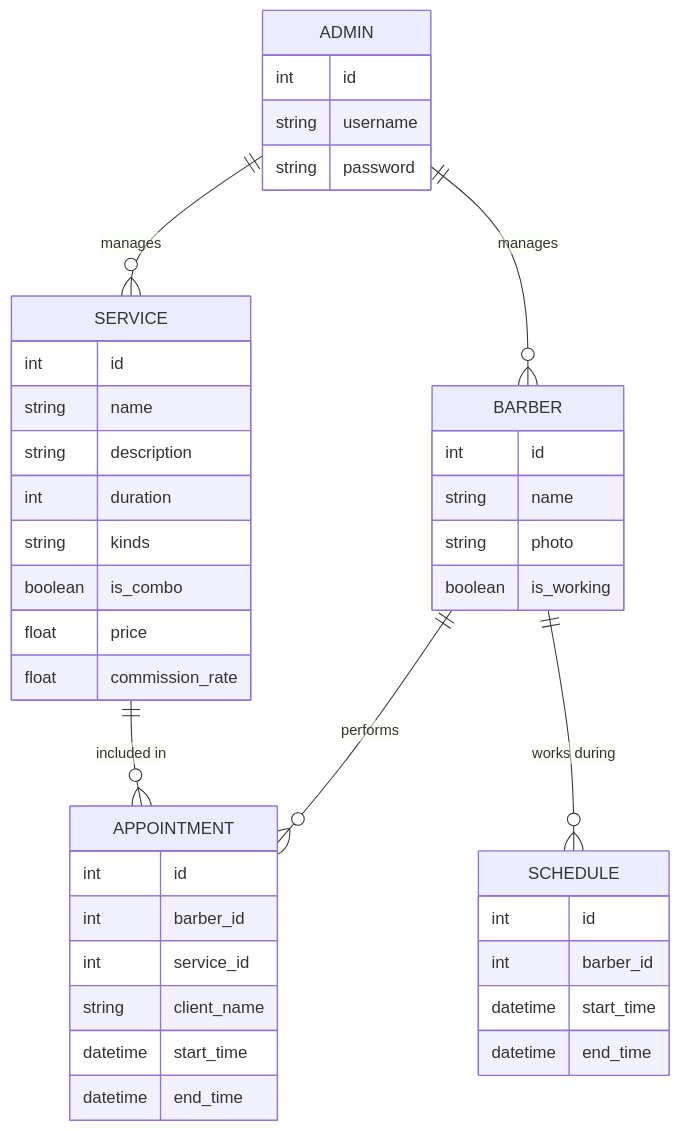
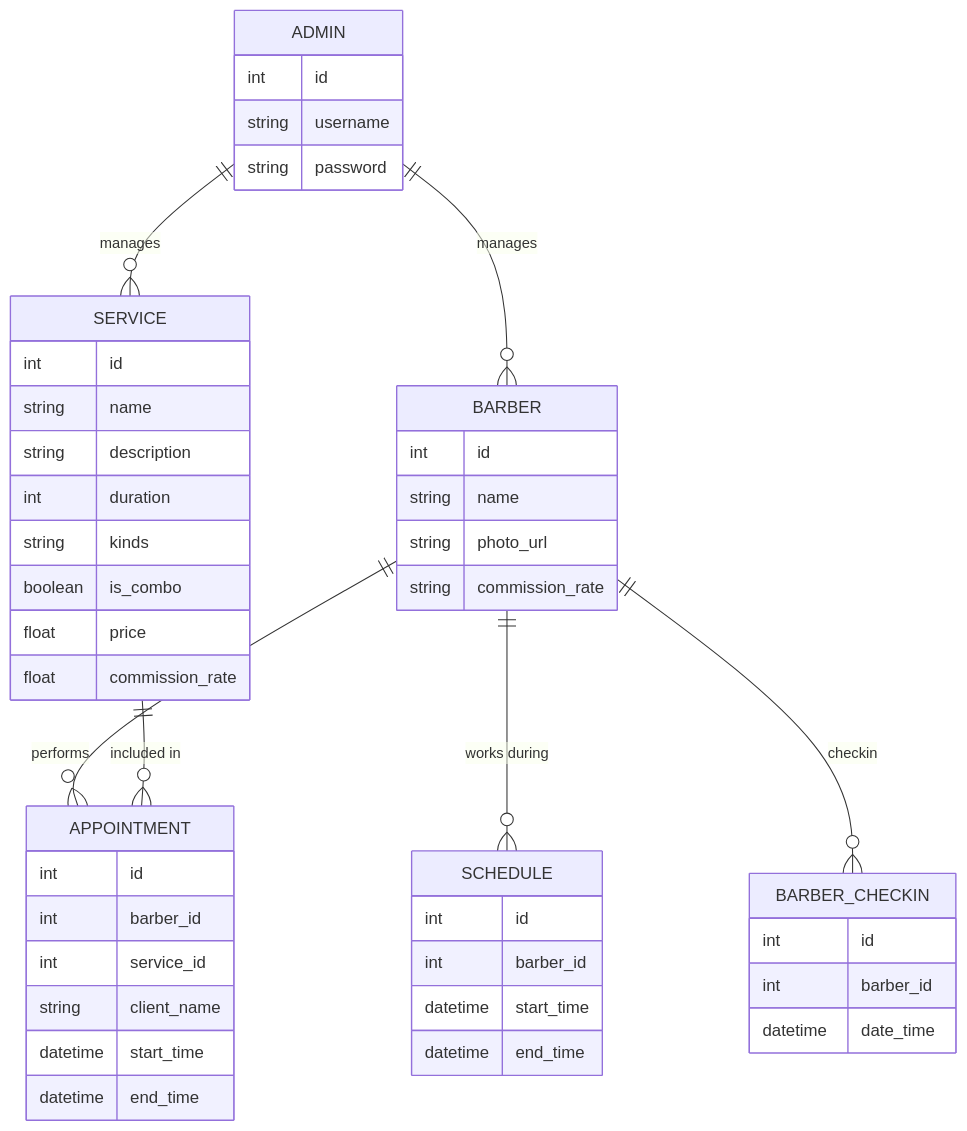
One commit to thronecode/my-barbershop changed the diagram in README.md. Above: the diagram before and after it, drawn with Mermaid. The commit also changed other lines of this file and 25 other files, not shown here.

````diff
--- a/README.md
+++ b/README.md
@@ -57,48 +57,55 @@
 ```mermaid
 erDiagram
     ADMIN {
         int id
         string username
         string password
     }
     
     BARBER {
         int id
         string name
-        string photo
-        boolean is_working
+        string photo_url
+        string commission_rate
+    }
+    
+    BARBER_CHECKIN {
+        int id
+        int barber_id
+        datetime date_time
     }
     
     SERVICE {
         int id
         string name
         string description
         int duration
         string kinds
         boolean is_combo
         float price
         float commission_rate
     }
     
     APPOINTMENT {
         int id
         int barber_id
         int service_id
         string client_name
         datetime start_time
         datetime end_time
     }
     
     SCHEDULE {
         int id
         int barber_id
         datetime start_time
         datetime end_time
     }
 
     ADMIN ||--o{ BARBER : "manages"
     ADMIN ||--o{ SERVICE : "manages"
     BARBER ||--o{ APPOINTMENT : "performs"
     SERVICE ||--o{ APPOINTMENT : "included in"
     BARBER ||--o{ SCHEDULE : "works during"
+    BARBER ||--o{ BARBER_CHECKIN : "checkin"
 ```
````
